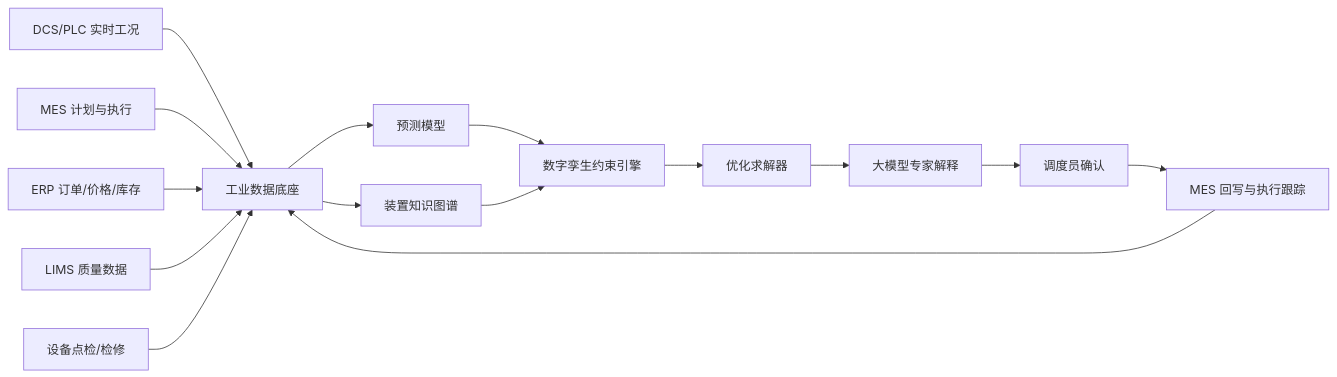
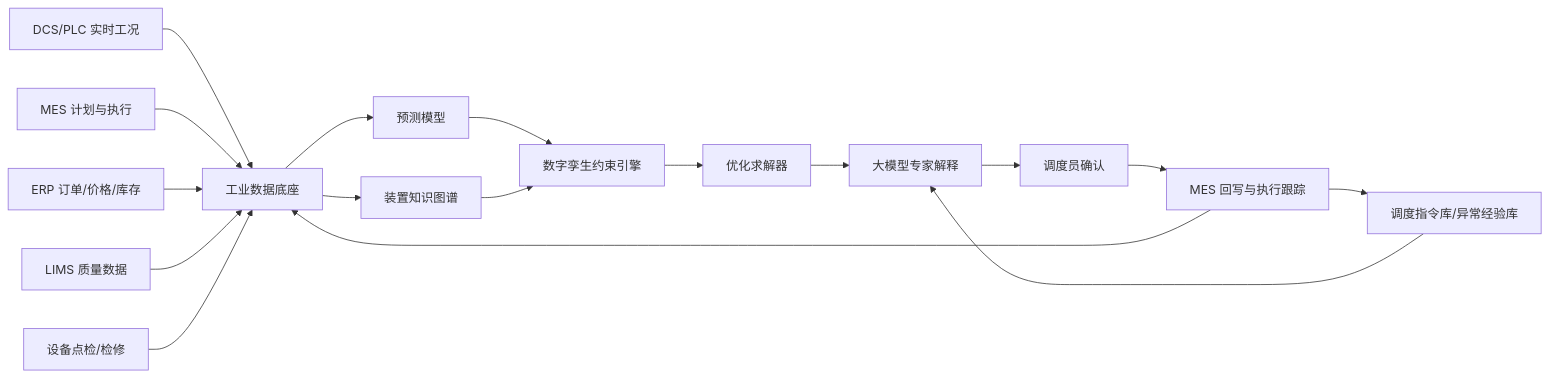
The diagram in docs/architecture.md (zhijinDeng/synthesis-ammonia), drawn with Mermaid before and after one commit. The commit also changed other lines of this file and 12 other files, not shown here.

````diff
--- a/docs/architecture.md
+++ b/docs/architecture.md
@@ -14,17 +24,19 @@
 ```mermaid
 flowchart LR
   A[DCS/PLC 实时工况] --> D[工业数据底座]
   B[MES 计划与执行] --> D
   C[ERP 订单/价格/库存] --> D
   E[LIMS 质量数据] --> D
   F[设备点检/检修] --> D
   D --> G[预测模型]
   D --> H[装置知识图谱]
   G --> I[数字孪生约束引擎]
   H --> I
   I --> J[优化求解器]
   J --> K[大模型专家解释]
   K --> L[调度员确认]
   L --> M[MES 回写与执行跟踪]
   M --> D
+  M --> N[调度指令库/异常经验库]
+  N --> K
 ```
````
